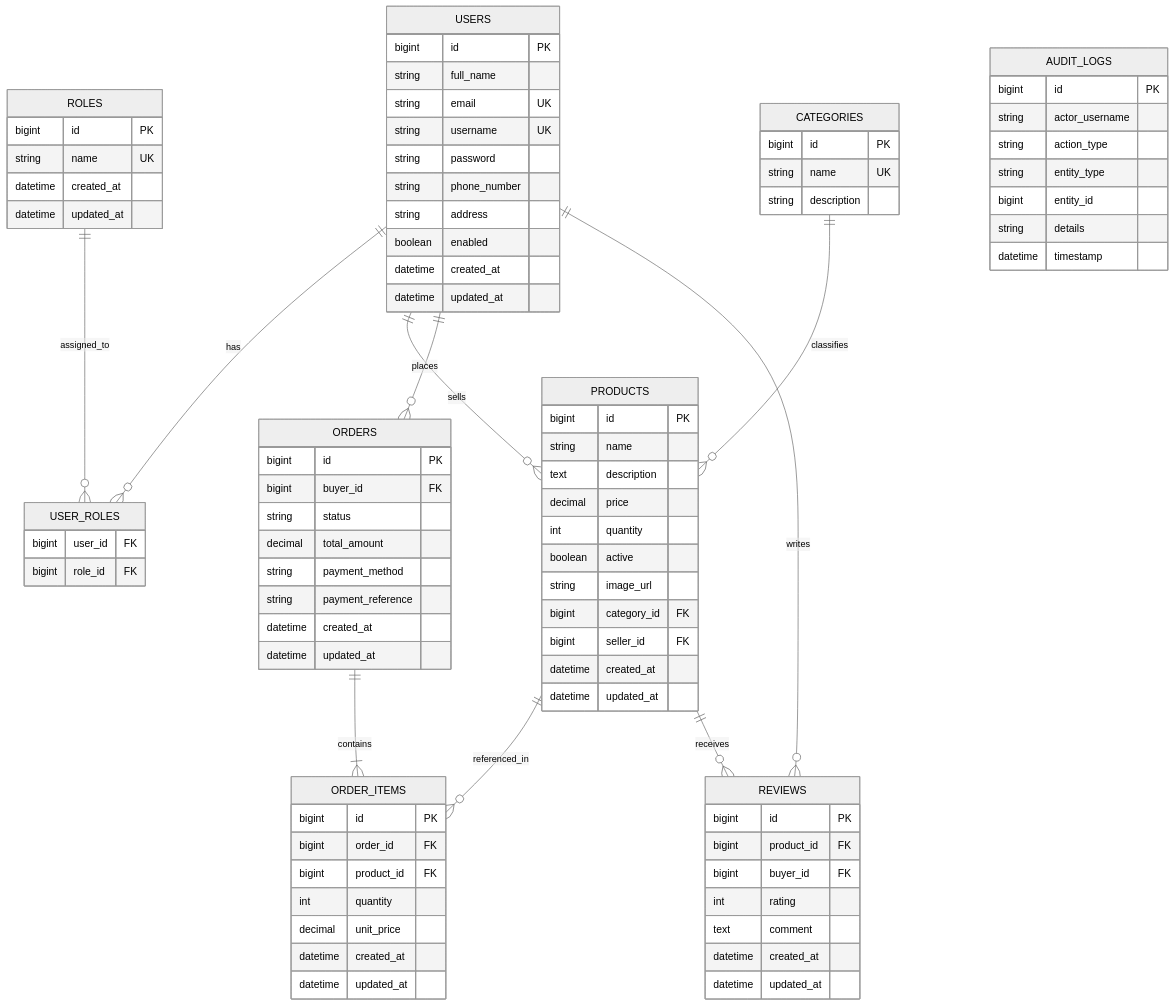
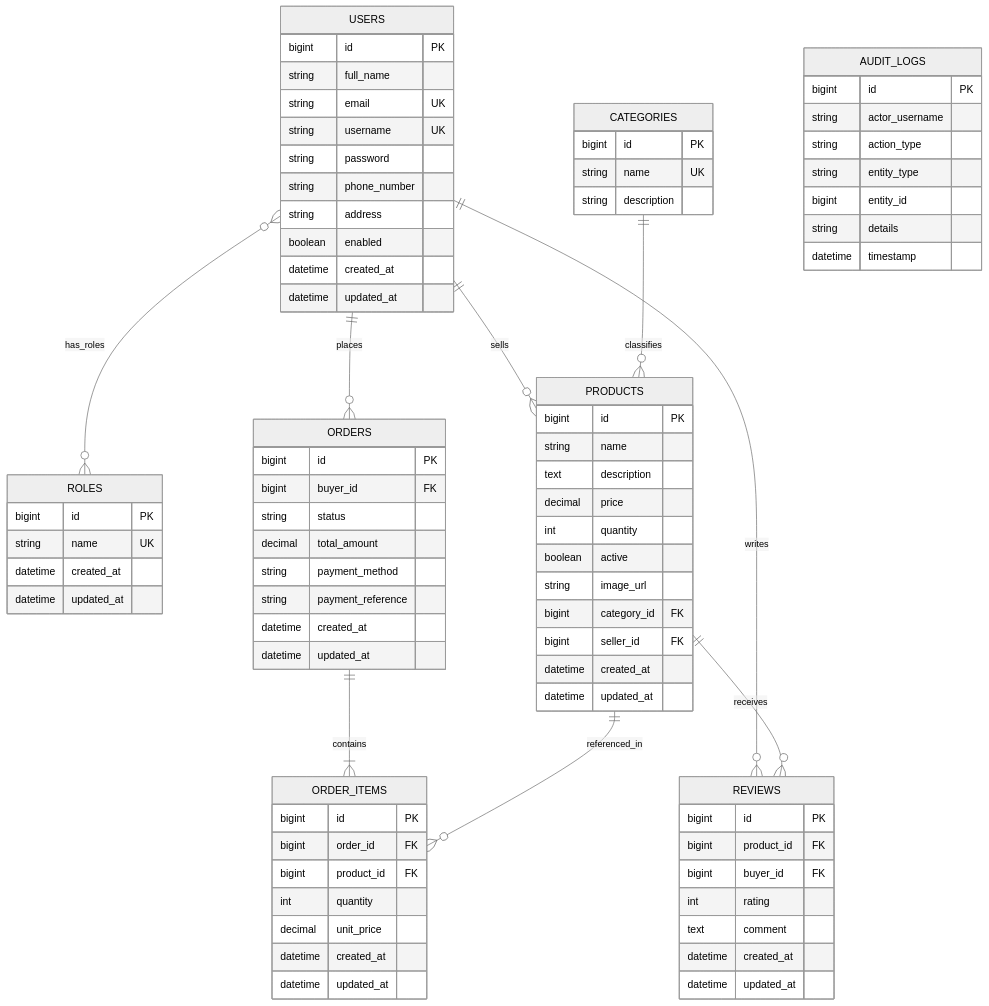
The second of 2 diagrams in README.md (Adit-Mugdha-das/Mini_Market_Place), drawn with Mermaid (neutral theme) before and after one commit. The commit also changed 25 other files, not shown here.

Commit message:
fix: Correct readme ER diagram

```diff
--- a/README.md
+++ b/README.md
@@ -89,11 +89,6 @@
         string name UK
         datetime created_at
         datetime updated_at
-    }
-
-    USER_ROLES {
-        bigint user_id FK
-        bigint role_id FK
     }
 
     CATEGORIES {
@@ -157,8 +152,7 @@
         datetime timestamp
     }
 
-    USERS ||--o{ USER_ROLES : has
-    ROLES ||--o{ USER_ROLES : assigned_to
+    USERS }o--o{ ROLES : has_roles
 
     USERS ||--o{ PRODUCTS : sells
     CATEGORIES ||--o{ PRODUCTS : classifies
```
